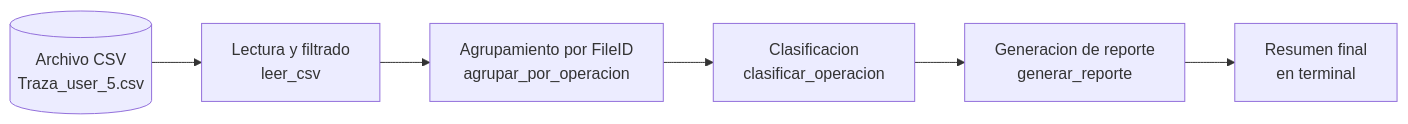
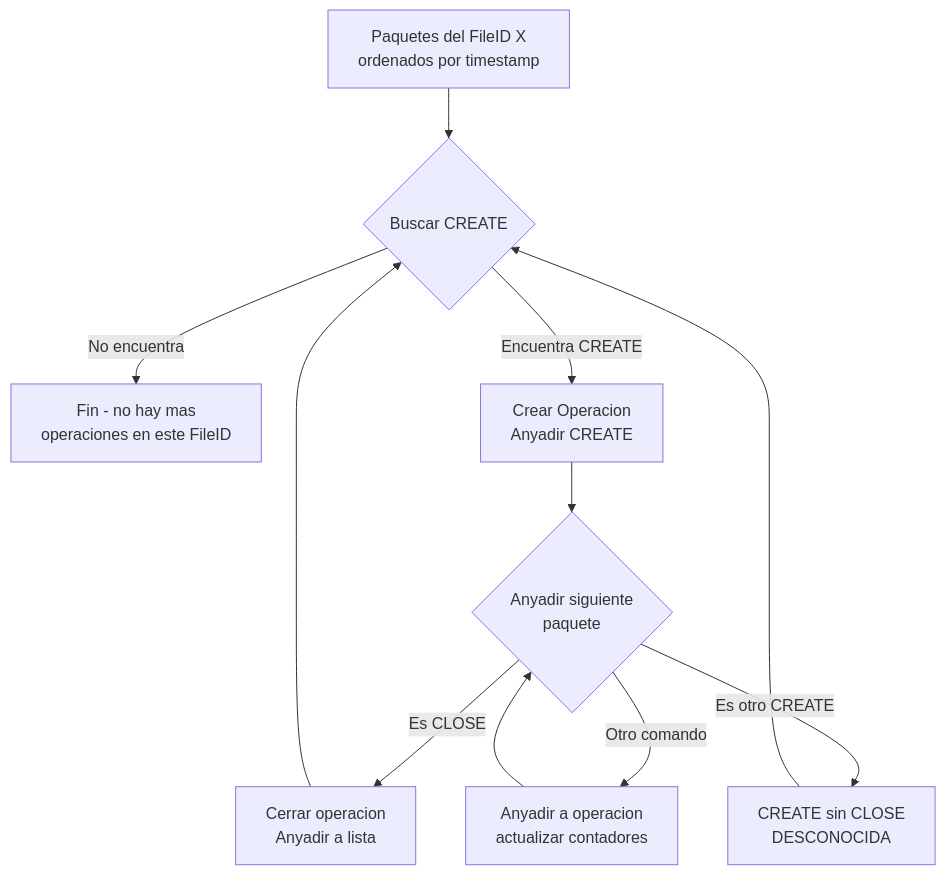
The second of 4 diagrams in plans/documentacion_tfg.md (vicente154000/smb2-cloud-traffic-analyzer), drawn with Mermaid before and after one commit. The commit also changed other lines of this file and 3 other files, not shown here.

````diff
--- a/plans/documentacion_tfg.md
+++ b/plans/documentacion_tfg.md
@@ -116,8 +229,13 @@
 ```mermaid
-flowchart LR
-    CSV[(Archivo CSV<br/>Traza_user_5.csv)] --> LECTURA[Lectura y filtrado<br/>leer_csv]
-    LECTURA --> AGRUPAR[Agrupamiento por FileID<br/>agrupar_por_operacion]
-    AGRUPAR --> CLASIF[Clasificacion<br/>clasificar_operacion]
-    CLASIF --> REPORTE[Generacion de reporte<br/>generar_reporte]
-    REPORTE --> SALIDA[Resumen final<br/>en terminal]
+flowchart TD
+    A[Paquetes del FileID X<br/>ordenados por timestamp] --> B{Buscar CREATE}
+    B -->|No encuentra| Z[Fin - no hay mas<br/>operaciones en este FileID]
+    B -->|Encuentra CREATE| C[Crear Operacion<br/>Anyadir CREATE]
+    C --> D{Anyadir siguiente<br/>paquete}
+    D -->|Es CLOSE| E[Cerrar operacion<br/>Anyadir a lista]
+    D -->|Es otro CREATE| F[CREATE sin CLOSE<br/>DESCONOCIDA]
+    D -->|Otro comando| G[Anyadir a operacion<br/>actualizar contadores]
+    G --> D
+    E --> B
+    F --> B
 ```
````
